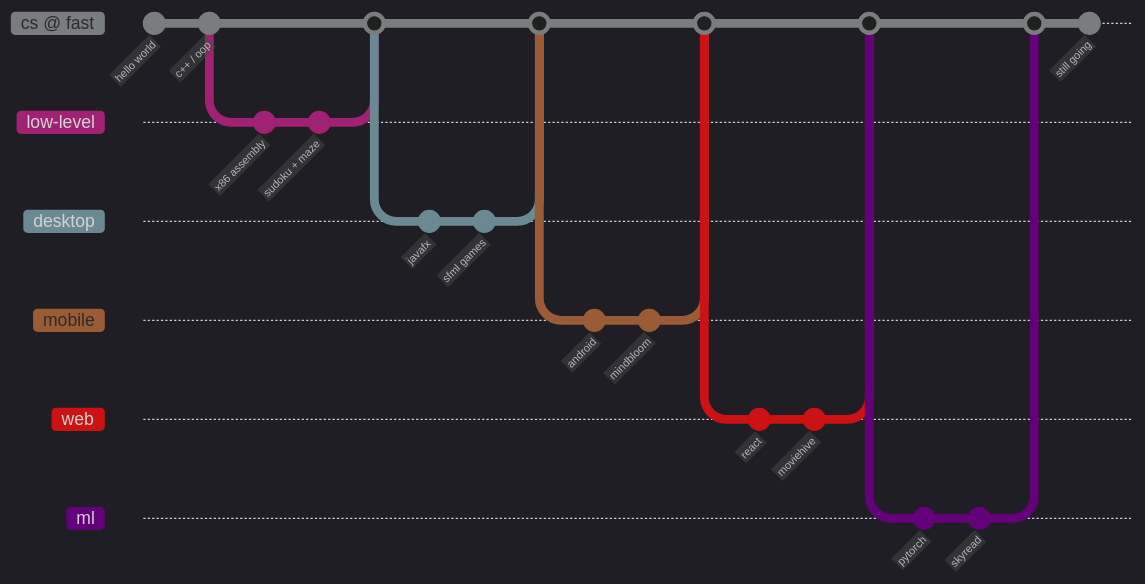
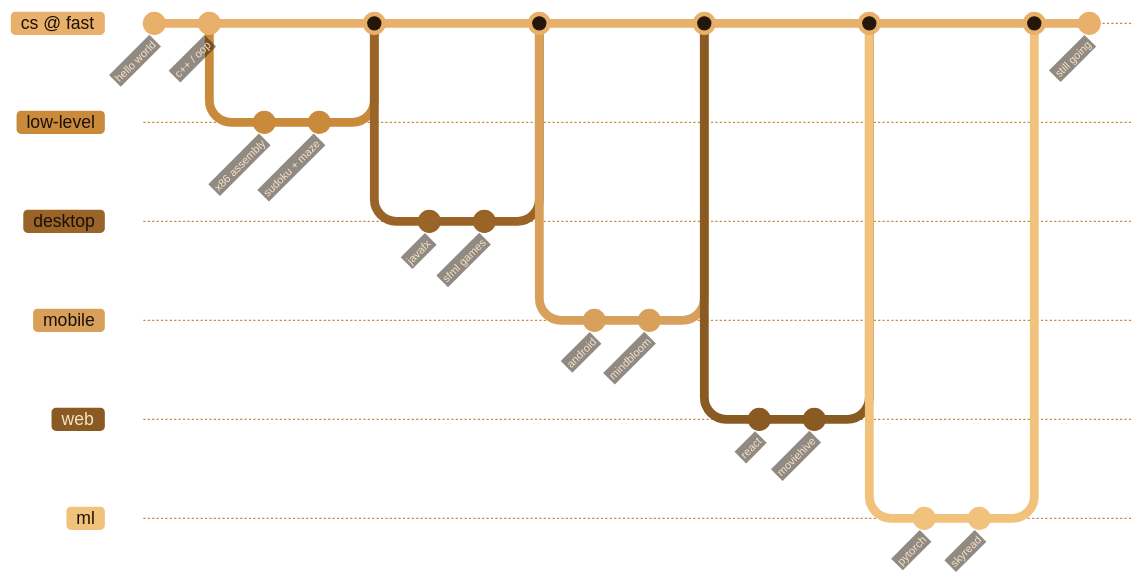
One commit to MehrmahKhan/MehrmahKhan changed the diagram in README.md. Above: the diagram before and after it, drawn with Mermaid. The commit also changed other lines of this file and 13 other files, not shown here.

````diff
--- a/README.md
+++ b/README.md
@@ -33,37 +25,37 @@
 ```mermaid
-%%{init: {'theme':'dark', 'gitGraph': {'mainBranchName':'cs @ fast'}}}%%
+%%{init: {'theme':'base', 'themeVariables': {'primaryColor':'#241709','primaryTextColor':'#f6e3c5','primaryBorderColor':'#8a5a23','lineColor':'#c98a3c','background':'#0d0804','mainBkg':'#241709','git0':'#e8b06a','git1':'#c98a3c','git2':'#9a6327','git3':'#d9a05b','git4':'#8a5a23','git5':'#f0c27b','gitBranchLabel0':'#1b1109','gitBranchLabel1':'#1b1109','gitBranchLabel2':'#1b1109','gitBranchLabel3':'#1b1109','gitBranchLabel4':'#f6e3c5','gitBranchLabel5':'#1b1109','commitLabelColor':'#f6e3c5','commitLabelBackground':'#241709'}, 'gitGraph': {'mainBranchName':'cs @ fast'}}}%%
 gitGraph
    commit id: "hello world"
    commit id: "c++ / oop"
    branch low-level
    checkout low-level
    commit id: "x86 assembly"
    commit id: "sudoku + maze"
    checkout "cs @ fast"
    merge low-level
    branch desktop
    checkout desktop
    commit id: "javafx"
    commit id: "sfml games"
    checkout "cs @ fast"
    merge desktop
    branch mobile
    checkout mobile
    commit id: "android"
    commit id: "mindbloom"
    checkout "cs @ fast"
    merge mobile
    branch web
    checkout web
    commit id: "react"
    commit id: "moviehive"
    checkout "cs @ fast"
    merge web
    branch ml
    checkout ml
    commit id: "pytorch"
    commit id: "skyread"
    checkout "cs @ fast"
    merge ml
    commit id: "still going"
 ```
````
